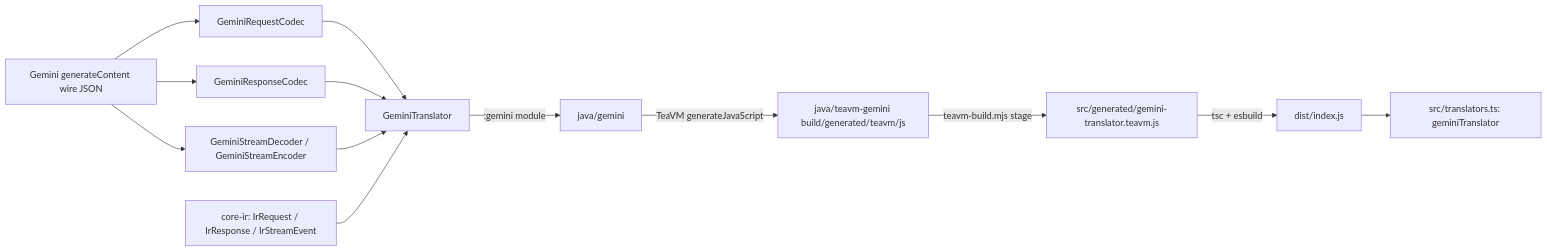
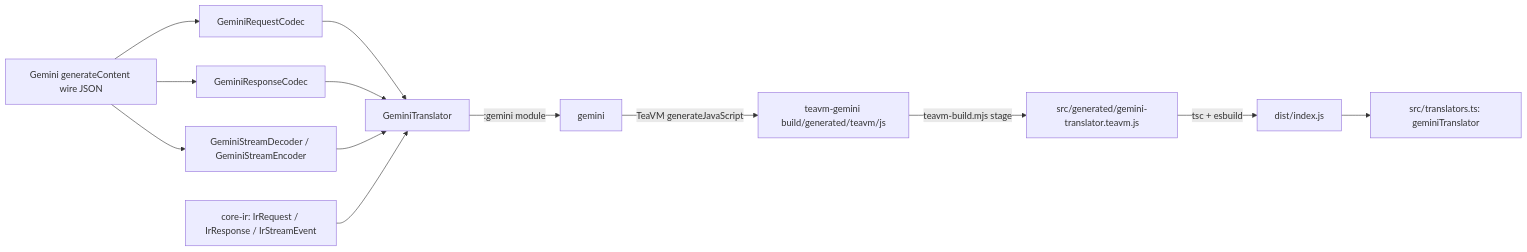
The diagram in README.md (intisy-ai/gemini-translator), drawn with Mermaid before and after one commit. The commit also changed other lines of this file and 1 other file, not shown here.

````diff
--- a/README.md
+++ b/README.md
@@ -12,15 +12,15 @@
 ```mermaid
 flowchart LR
   WIRE[Gemini generateContent wire JSON] --> REQ[GeminiRequestCodec]
   WIRE --> RESP[GeminiResponseCodec]
   WIRE --> SSE[GeminiStreamDecoder / GeminiStreamEncoder]
   REQ --> TR[GeminiTranslator]
   RESP --> TR
   SSE --> TR
   IR[core-ir: IrRequest / IrResponse / IrStreamEvent] --> TR
-  TR -->|":gemini" module| GEMINI[java/gemini]
-  GEMINI -->|TeaVM generateJavaScript| GEN[java/teavm-gemini build/generated/teavm/js]
+  TR -->|":gemini" module| GEMINI[gemini]
+  GEMINI -->|TeaVM generateJavaScript| GEN[teavm-gemini build/generated/teavm/js]
   GEN -->|teavm-build.mjs stage| STAGED[src/generated/gemini-translator.teavm.js]
   STAGED -->|tsc + esbuild| DIST[dist/index.js]
   DIST --> API["src/translators.ts: geminiTranslator"]
 ```
````
